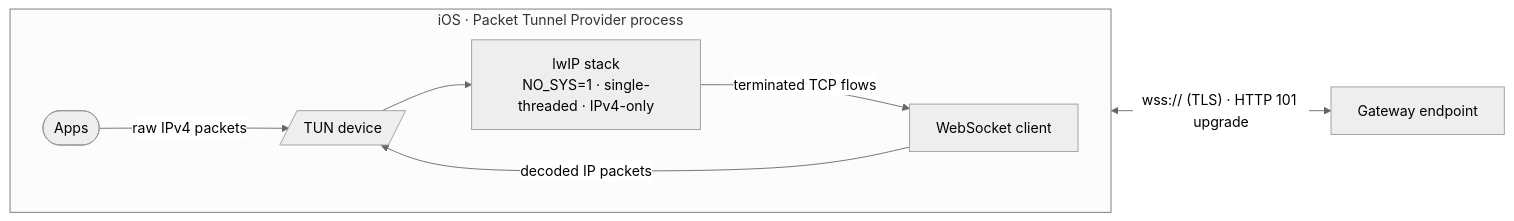
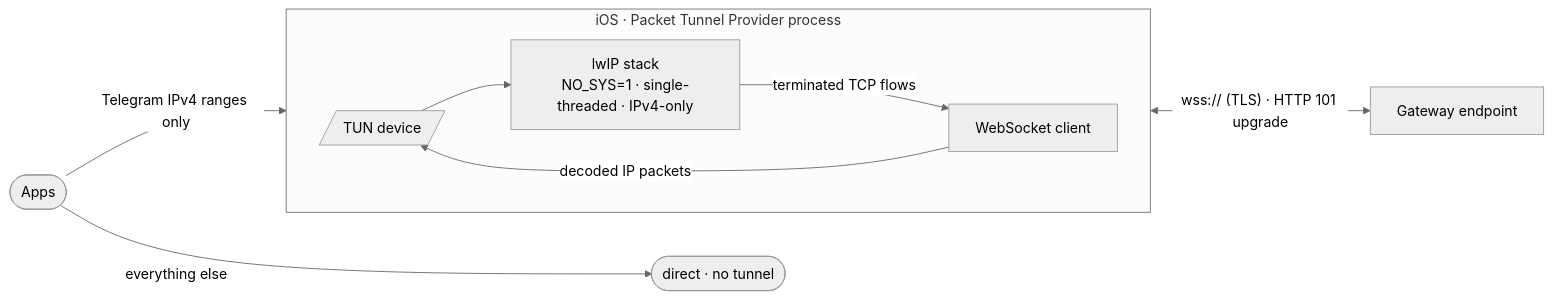
Before and after one commit to l1ratch/WSBridge-iOS: the first of 2 diagrams in README.md, drawn with Mermaid (neutral theme). The commit also changed other lines of this file and 3 other files, not shown here.

````diff
--- a/README.md
+++ b/README.md
@@ -10,11 +12,12 @@
 ```mermaid
 flowchart LR
     subgraph DEV["iOS · Packet Tunnel Provider process"]
         direction LR
-        APP(["Apps"]) -->|raw IPv4 packets| TUN[/"TUN device"/]
-        TUN --> LW["lwIP stack<br/>NO_SYS=1 · single-threaded · IPv4-only"]
+        TUN[/"TUN device"/] --> LW["lwIP stack<br/>NO_SYS=1 · single-threaded · IPv4-only"]
         LW -->|terminated TCP flows| WS["WebSocket client"]
         WS -->|decoded IP packets| TUN
     end
+    APP(["Apps"]) -->|"Telegram IPv4 ranges only"| TUN
+    APP -->|"everything else"| DIR(["direct · no tunnel"])
     WS <-->|"wss:// (TLS) · HTTP 101 upgrade"| GW["Gateway endpoint"]
 ```
````
